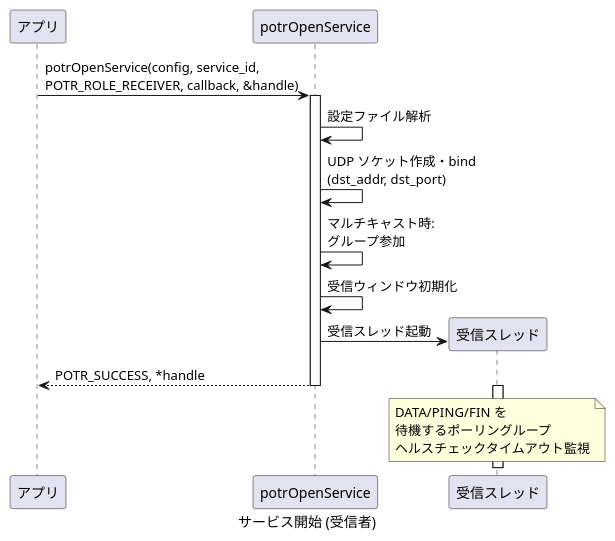
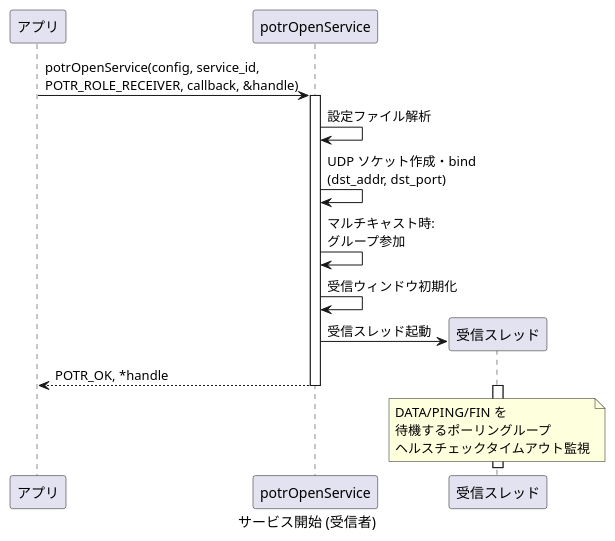
The second of 30 diagrams in docs/sequence.md (Hondarer/app_porter), drawn with PlantUML before and after one commit. The commit also changed other lines of this file and 61 other files, not shown here.

````diff
--- a/docs/sequence.md
+++ b/docs/sequence.md
@@ -50,26 +50,26 @@
 ```plantuml
 @startuml サービス開始 (受信者)
 caption サービス開始 (受信者)
 
 participant "アプリ" as APP
 participant "potrOpenService" as OPEN
 participant "受信スレッド" as RT
 
 APP -> OPEN: potrOpenService(config, service_id,\nPOTR_ROLE_RECEIVER, callback, &handle)
 
 activate OPEN
 OPEN -> OPEN: 設定ファイル解析
 OPEN -> OPEN: UDP ソケット作成・bind\n(dst_addr, dst_port)
 OPEN -> OPEN: マルチキャスト時:\nグループ参加
 OPEN -> OPEN: 受信ウィンドウ初期化
 
 OPEN -> RT**: 受信スレッド起動
 
-OPEN --> APP: POTR_SUCCESS, *handle
+OPEN --> APP: POTR_OK, *handle
 deactivate OPEN
 
 activate RT
 note over RT: DATA/PING/FIN を\n待機するポーリングループ\nヘルスチェックタイムアウト監視
 
 @enduml
 ```
````
